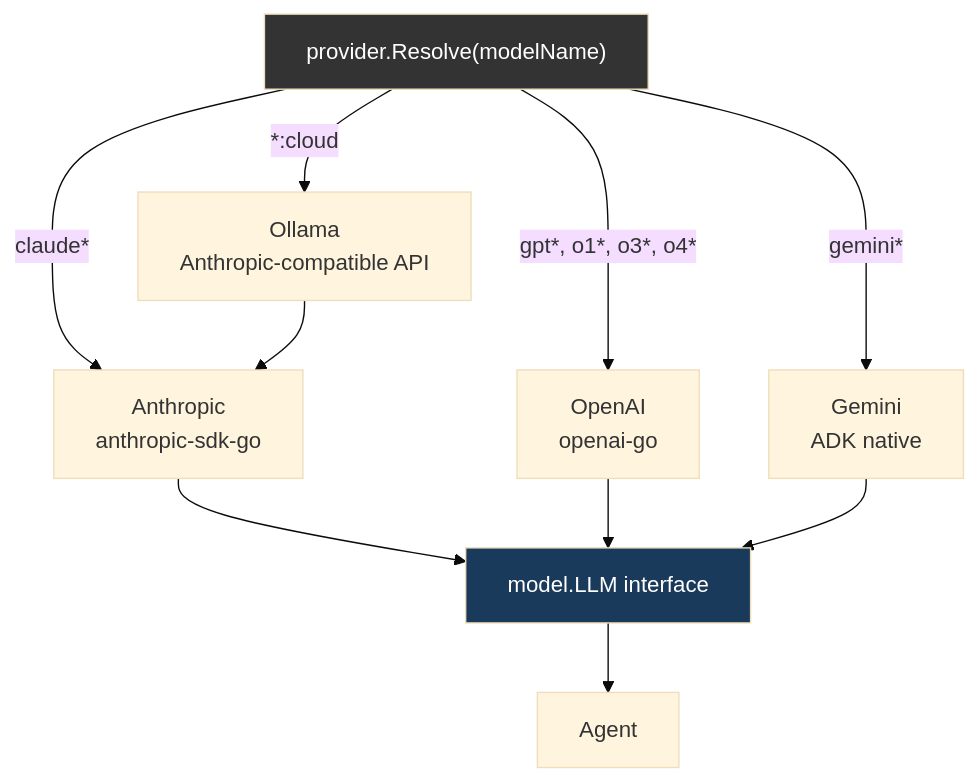
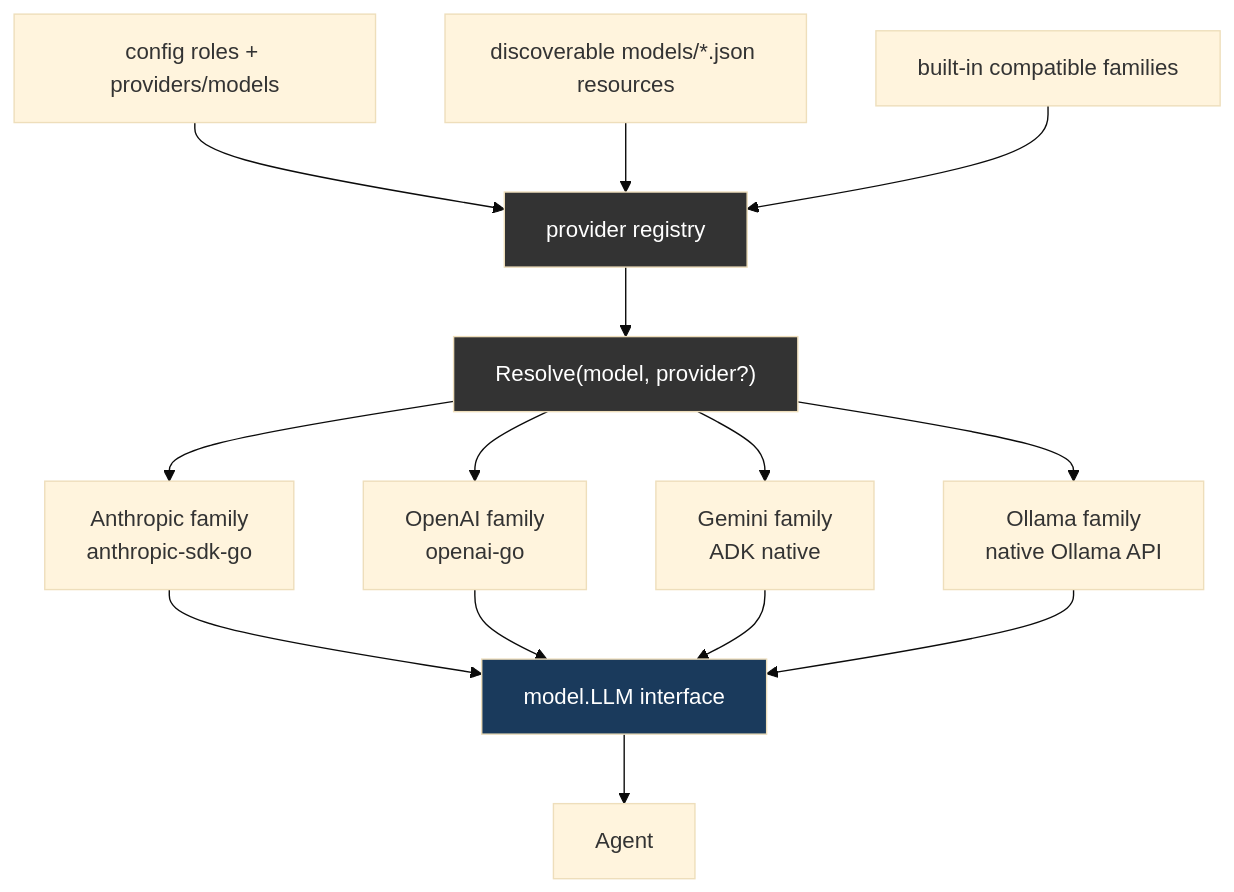
Before and after one commit to Pizzaface/pi-go: the fourth of 12 diagrams in ARCHITECTURE.md, drawn with Mermaid (base theme). The commit also changed other lines of this file and 18 other files, not shown here.

Commit message:
feat: add data-driven provider registry

````diff
--- a/ARCHITECTURE.md
+++ b/ARCHITECTURE.md
@@ -240,19 +240,23 @@
 ```mermaid
 graph TD
-    resolve["provider.Resolve(modelName)"]
+    config["config roles + providers/models"] --> registry["provider registry"]
+    resources["discoverable models/*.json resources"] --> registry
+    builtin["built-in compatible families"] --> registry
+    registry --> resolve["Resolve(model, provider?)"]
 
-    resolve -->|"claude*"| anthropic["Anthropic<br/>anthropic-sdk-go"]
-    resolve -->|"gpt*, o1*, o3*, o4*"| openai["OpenAI<br/>openai-go"]
-    resolve -->|"gemini*"| gemini["Gemini<br/>ADK native"]
-    resolve -->|"*:cloud"| ollama["Ollama<br/>Anthropic-compatible API"]
+    resolve --> anthropic["Anthropic family<br/>anthropic-sdk-go"]
+    resolve --> openai["OpenAI family<br/>openai-go"]
+    resolve --> gemini["Gemini family<br/>ADK native"]
+    resolve --> ollama["Ollama family<br/>native Ollama API"]
 
     anthropic --> llm["model.LLM interface"]
     openai --> llm
     gemini --> llm
-    ollama --> anthropic
+    ollama --> llm
 
     llm --> agent["Agent"]
 
+    style registry fill:#333,color:#fff
     style resolve fill:#333,color:#fff
     style llm fill:#1a3a5c,color:#fff
 ```
````
